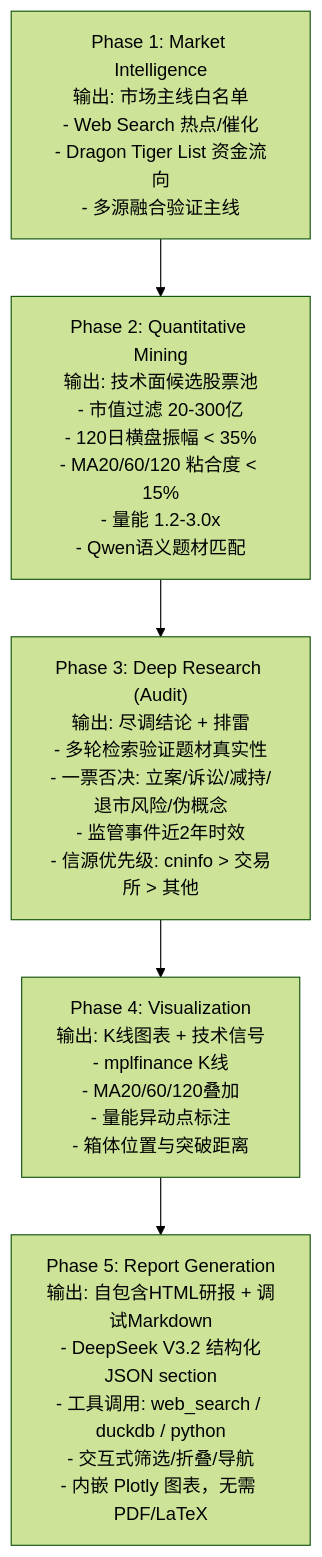
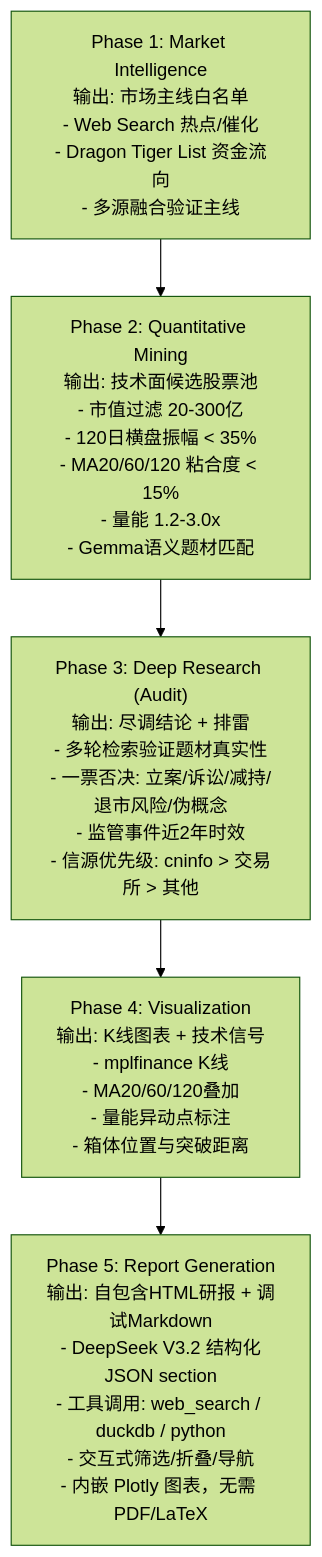
One commit to hb4ch/trend-agent changed the diagram in README.md. Above: the diagram before and after it, drawn with Mermaid (forest theme). The commit also changed other lines of this file and 9 other files, not shown here.

````diff
--- a/README.md
+++ b/README.md
@@ -19,10 +19,10 @@
 ```mermaid
 flowchart TD
     P1["Phase 1: Market Intelligence<br/>输出: 市场主线白名单<br/>- Web Search 热点/催化<br/>- Dragon Tiger List 资金流向<br/>- 多源融合验证主线"]
-    P2["Phase 2: Quantitative Mining<br/>输出: 技术面候选股票池<br/>- 市值过滤 20-300亿<br/>- 120日横盘振幅 < 35%<br/>- MA20/60/120 粘合度 < 15%<br/>- 量能 1.2-3.0x<br/>- Qwen语义题材匹配"]
+    P2["Phase 2: Quantitative Mining<br/>输出: 技术面候选股票池<br/>- 市值过滤 20-300亿<br/>- 120日横盘振幅 < 35%<br/>- MA20/60/120 粘合度 < 15%<br/>- 量能 1.2-3.0x<br/>- Gemma语义题材匹配"]
     P3["Phase 3: Deep Research (Audit)<br/>输出: 尽调结论 + 排雷<br/>- 多轮检索验证题材真实性<br/>- 一票否决: 立案/诉讼/减持/退市风险/伪概念<br/>- 监管事件近2年时效<br/>- 信源优先级: cninfo > 交易所 > 其他"]
     P4["Phase 4: Visualization<br/>输出: K线图表 + 技术信号<br/>- mplfinance K线<br/>- MA20/60/120叠加<br/>- 量能异动点标注<br/>- 箱体位置与突破距离"]
     P5["Phase 5: Report Generation<br/>输出: 自包含HTML研报 + 调试Markdown<br/>- DeepSeek V3.2 结构化JSON section<br/>- 工具调用: web_search / duckdb / python<br/>- 交互式筛选/折叠/导航<br/>- 内嵌 Plotly 图表，无需 PDF/LaTeX"]
 
     P1 --> P2 --> P3 --> P4 --> P5
 ```
````
